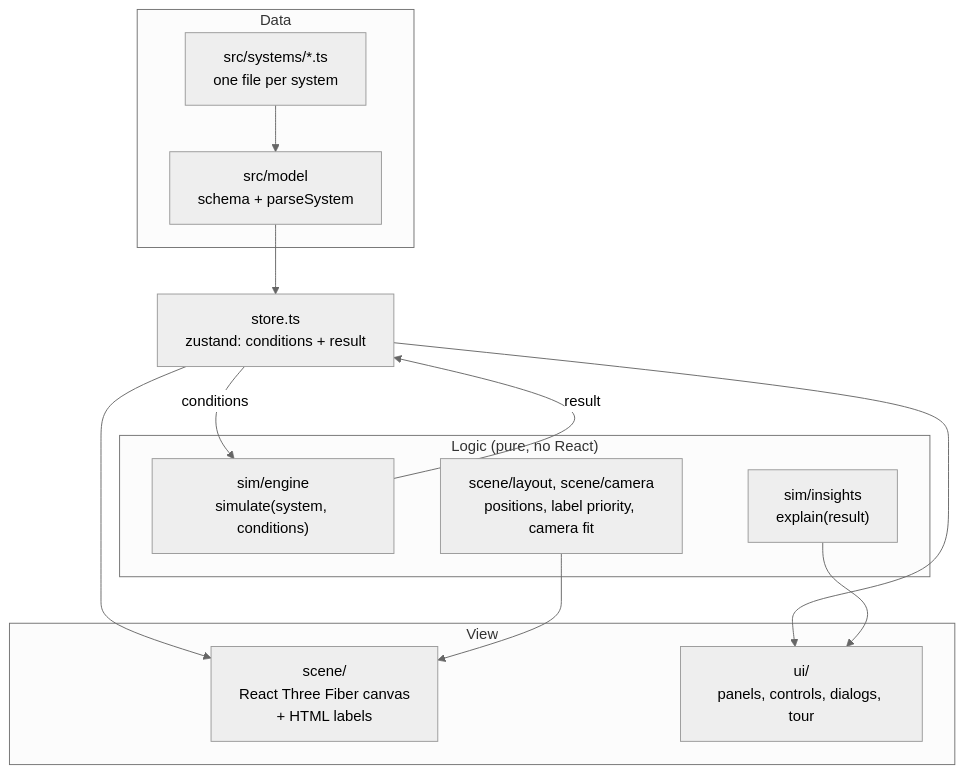
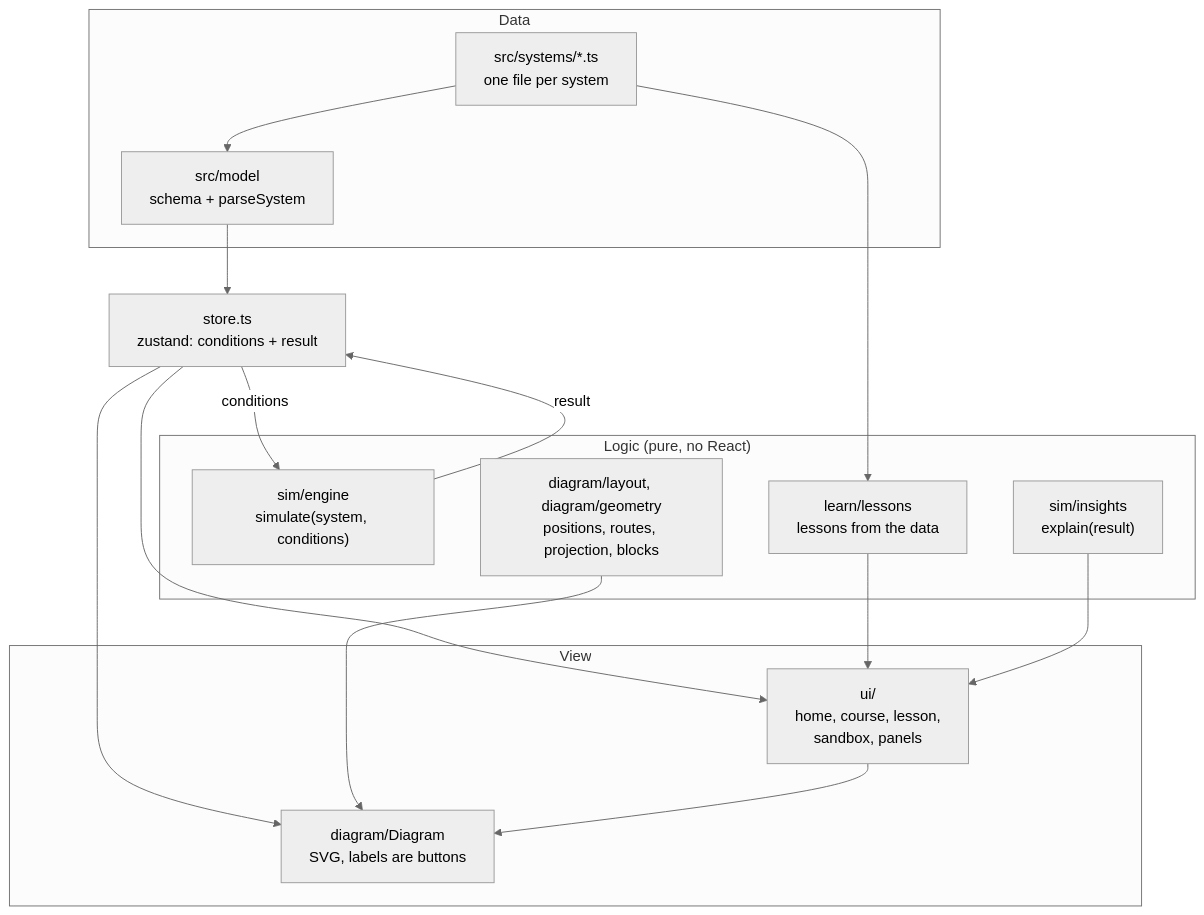
The diagram in docs/architecture.md (iamrs77/systemscape), drawn with Mermaid (neutral theme) before and after one commit. The commit also changed other lines of this file and 70 other files, not shown here.

First line of the commit message:
Teach each system step by step, with a cleaner 2D diagram

````diff
--- a/docs/architecture.md
+++ b/docs/architecture.md
@@ -14,24 +14,27 @@
 ```mermaid
 flowchart TB
   subgraph data["Data"]
     systems["src/systems/*.ts<br/>one file per system"]
     schema["src/model<br/>schema + parseSystem"]
   end
   subgraph logic["Logic (pure, no React)"]
     engine["sim/engine<br/>simulate(system, conditions)"]
     insights["sim/insights<br/>explain(result)"]
-    layout["scene/layout, scene/camera<br/>positions, label priority, camera fit"]
+    layout["diagram/layout, diagram/geometry<br/>positions, routes, projection, blocks"]
+    lessons["learn/lessons<br/>lessons from the data"]
   end
   store["store.ts<br/>zustand: conditions + result"]
   subgraph view["View"]
-    scene["scene/<br/>React Three Fiber canvas<br/>+ HTML labels"]
-    ui["ui/<br/>panels, controls, dialogs, tour"]
+    diagram["diagram/Diagram<br/>SVG, labels are buttons"]
+    ui["ui/<br/>home, course, lesson,<br/>sandbox, panels"]
   end
 
   systems --> schema --> store
   store -- "conditions" --> engine -- "result" --> store
-  store --> scene
+  store --> diagram
   store --> ui
-  layout --> scene
+  layout --> diagram
+  systems --> lessons --> ui
+  ui --> diagram
   insights --> ui
 ```
````
